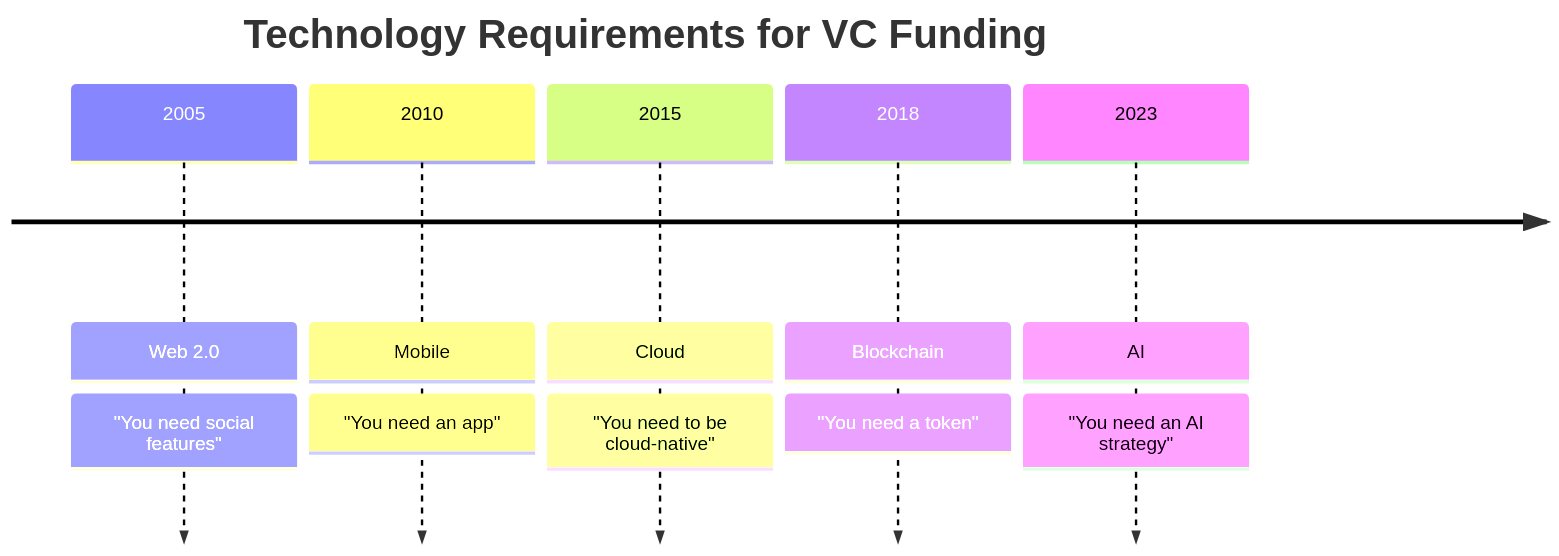
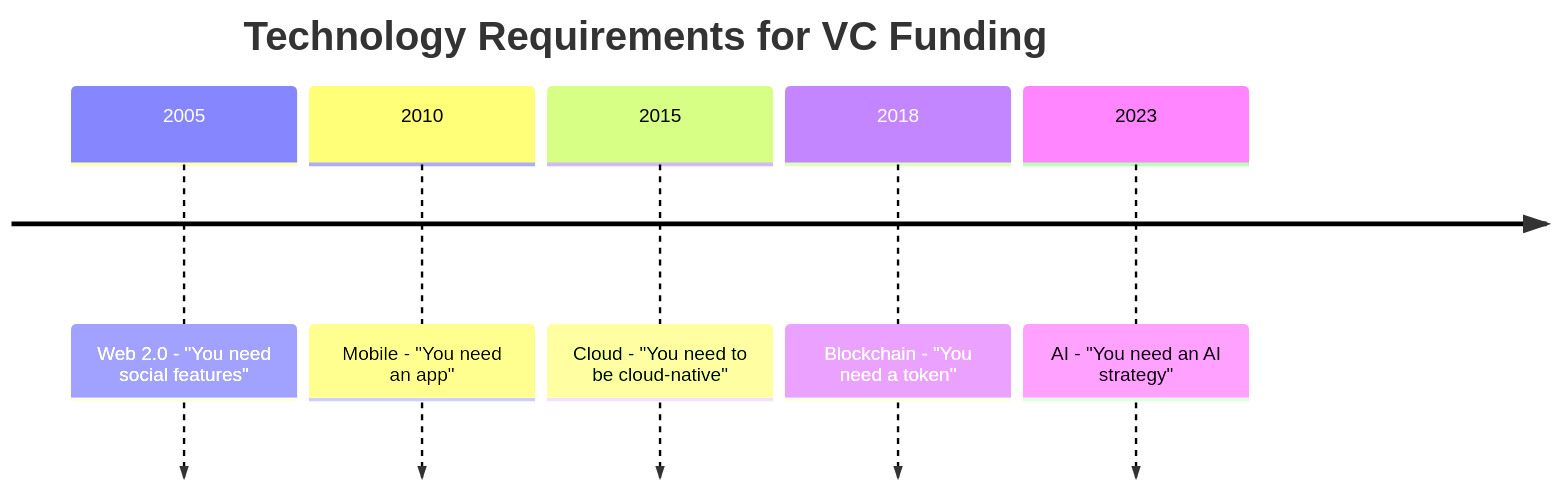
The sixth of 12 diagrams in Mostlylucid/Markdown/whycommercialaiprojectsaredumb.md (Shaddix/mostlylucidweb), drawn with Mermaid before and after one commit. The commit also changed 23 other files, not shown here.

````diff
--- a/Mostlylucid/Markdown/whycommercialaiprojectsaredumb.md
+++ b/Mostlylucid/Markdown/whycommercialaiprojectsaredumb.md
@@ -268,9 +268,9 @@
 ```mermaid
 timeline
     title Technology Requirements for VC Funding
-    2005 : Web 2.0 : "You need social features"
-    2010 : Mobile : "You need an app"
-    2015 : Cloud : "You need to be cloud-native"
-    2018 : Blockchain : "You need a token"
-    2023 : AI : "You need an AI strategy"
+    2005 : Web 2.0 - "You need social features"
+    2010 : Mobile - "You need an app"
+    2015 : Cloud - "You need to be cloud-native"
+    2018 : Blockchain - "You need a token"
+    2023 : AI - "You need an AI strategy"
 ```
````
